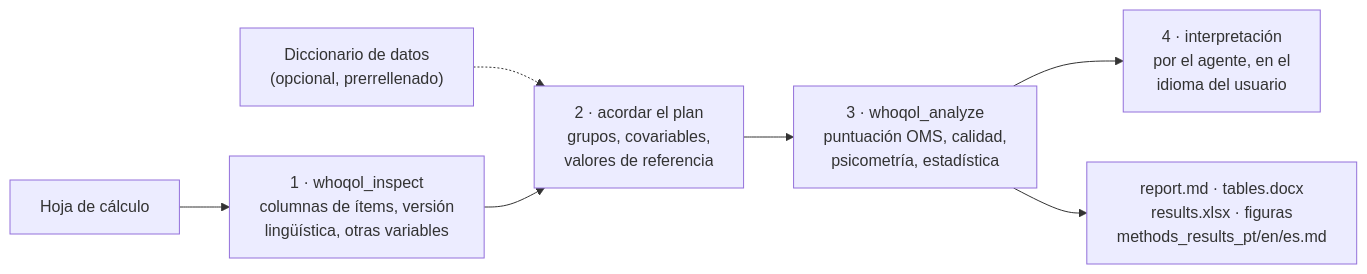
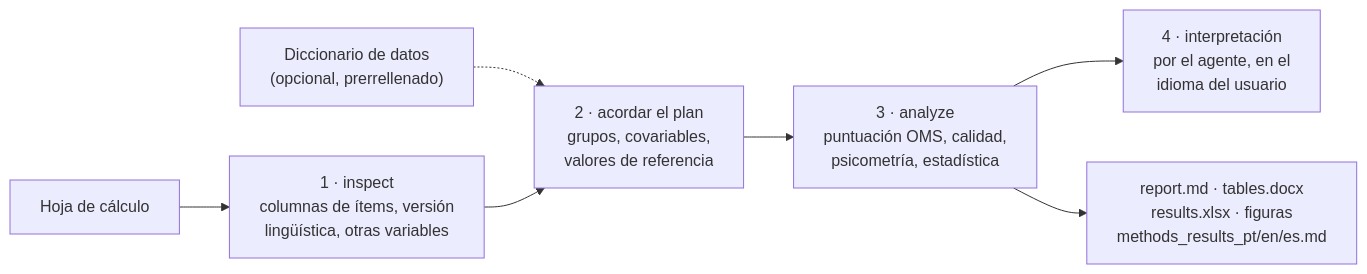
The diagram in README.es.md (LaBiOmicS/whoqol-toolkit), drawn with Mermaid before and after one commit. The commit also changed other lines of this file and 45 other files, not shown here.

````diff
--- a/README.es.md
+++ b/README.es.md
@@ -65,9 +65,9 @@
 ```mermaid
 flowchart LR
-    A["Hoja de cálculo"] --> B["1 · whoqol_inspect<br/>columnas de ítems, versión<br/>lingüística, otras variables"]
+    A["Hoja de cálculo"] --> B["1 · inspect<br/>columnas de ítems, versión<br/>lingüística, otras variables"]
     M["Diccionario de datos<br/>(opcional, prerrellenado)"] -.-> C
     B --> C["2 · acordar el plan<br/>grupos, covariables,<br/>valores de referencia"]
-    C --> D["3 · whoqol_analyze<br/>puntuación OMS, calidad,<br/>psicometría, estadística"]
+    C --> D["3 · analyze<br/>puntuación OMS, calidad,<br/>psicometría, estadística"]
     D --> E["4 · interpretación<br/>por el agente, en el<br/>idioma del usuario"]
     D --> F["report.md · tables.docx<br/>results.xlsx · figuras<br/>methods_results_pt/en/es.md"]
 ```
````
